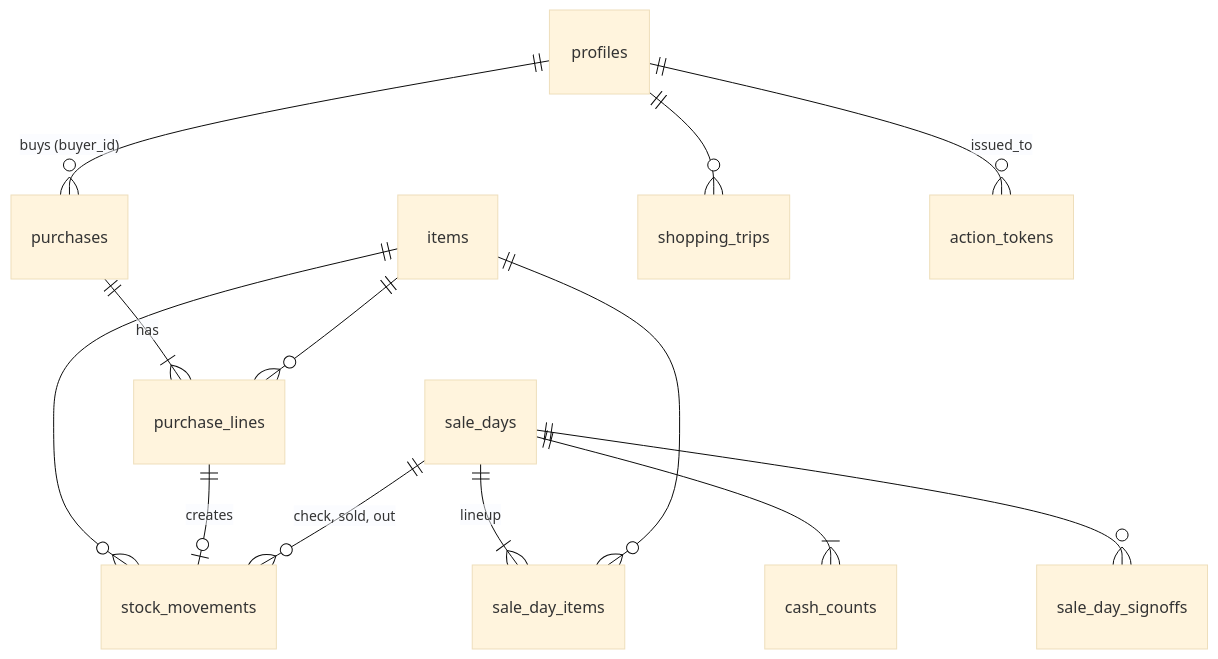
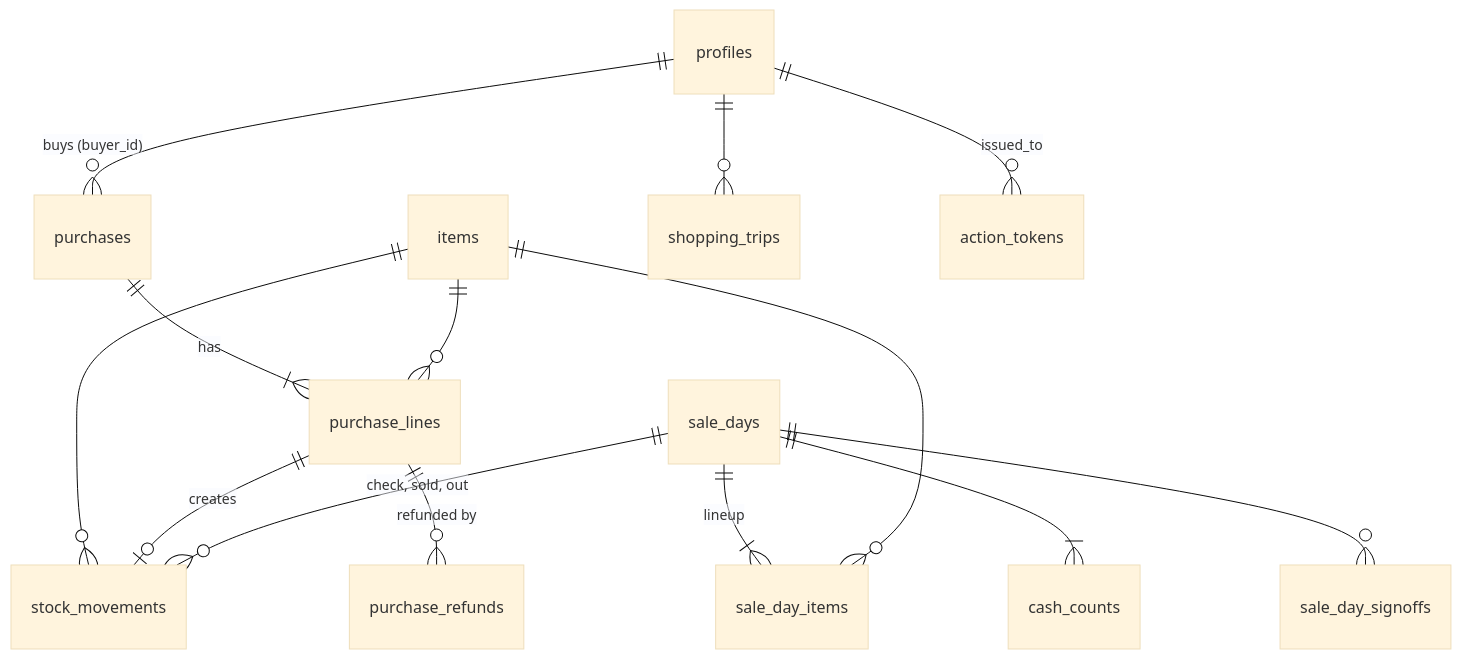
The diagram in docs/DATA_MODEL.md (calvincchan/snack-shack), drawn with Mermaid (base theme) before and after one commit. The commit also changed other lines of this file and 18 other files, not shown here.

````diff
--- a/docs/DATA_MODEL.md
+++ b/docs/DATA_MODEL.md
@@ -16,15 +16,16 @@
 ```mermaid
 erDiagram
   profiles ||--o{ purchases : "buys (buyer_id)"
   purchases ||--|{ purchase_lines : has
   items ||--o{ purchase_lines : ""
   items ||--o{ stock_movements : ""
   purchase_lines ||--o| stock_movements : "creates"
+  purchase_lines ||--o{ purchase_refunds : "refunded by"
   sale_days ||--|{ sale_day_items : lineup
   items ||--o{ sale_day_items : ""
   sale_days ||--|{ cash_counts : ""
   sale_days ||--o{ sale_day_signoffs : ""
   sale_days ||--o{ stock_movements : "check, sold, out"
   profiles ||--o{ shopping_trips : ""
   profiles ||--o{ action_tokens : "issued_to"
 ```
````
